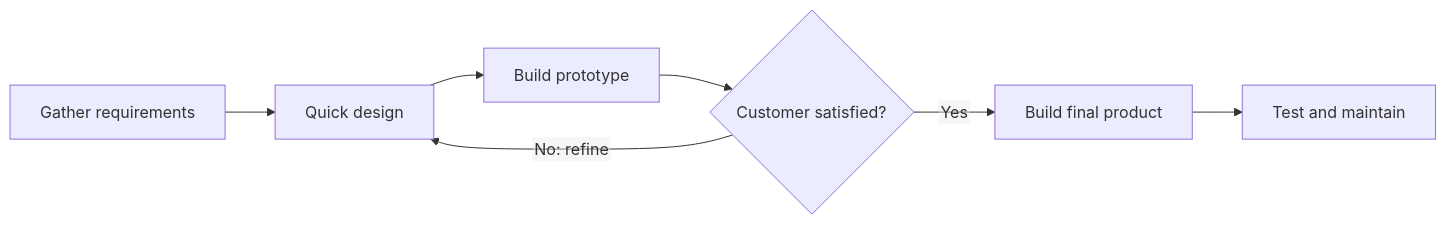
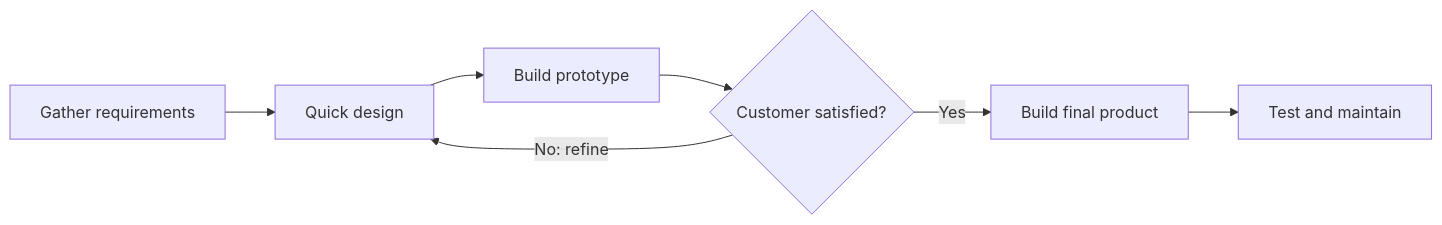
One commit to Ajay120503/ST_Notes changed the fifth of 41 diagrams in README.md. Above: the diagram before and after it, drawn with Mermaid. The commit also changed other lines of this file, not shown here.

````diff
--- a/README.md
+++ b/README.md
@@ -137,7 +133,6 @@
 ```mermaid
-%%{init: {"flowchart": {"htmlLabels": false}}}%%
 flowchart LR
     RG["Gather requirements"] --> QD["Quick design"] --> BP["Build prototype"] --> CE{"Customer satisfied?"}
-    CE -- "No: refine" --> QD
-    CE -- "Yes" --> FP["Build final product"] --> TM["Test and maintain"]
+    CE -->|No: refine| QD
+    CE -->|Yes| FP["Build final product"] --> TM["Test and maintain"]
 ```
````
